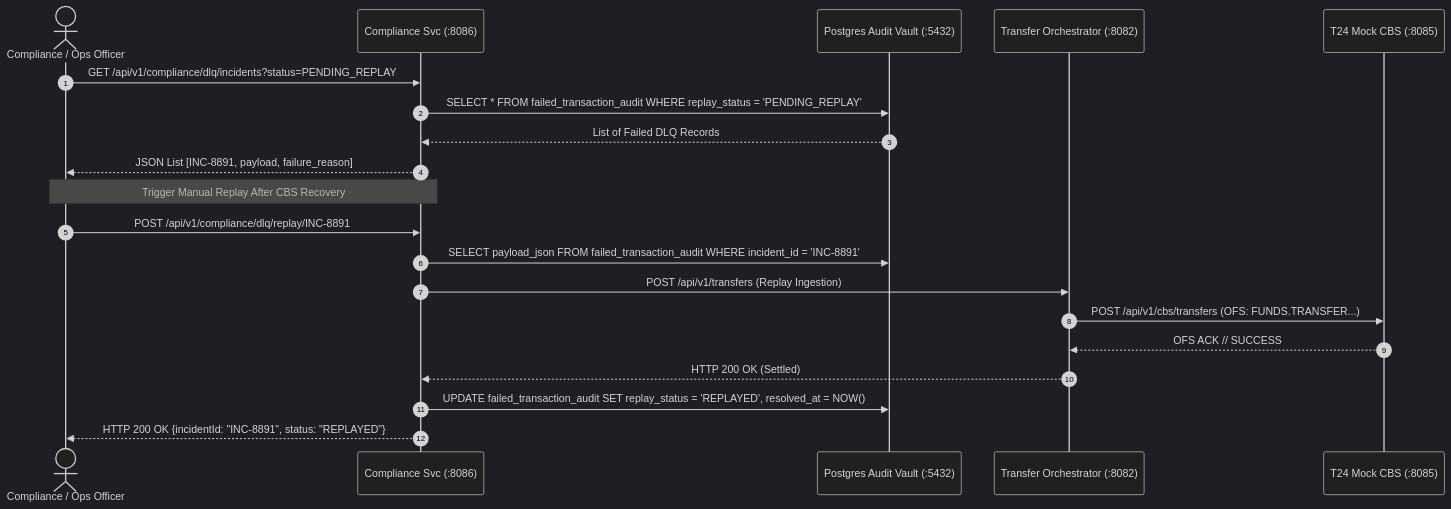
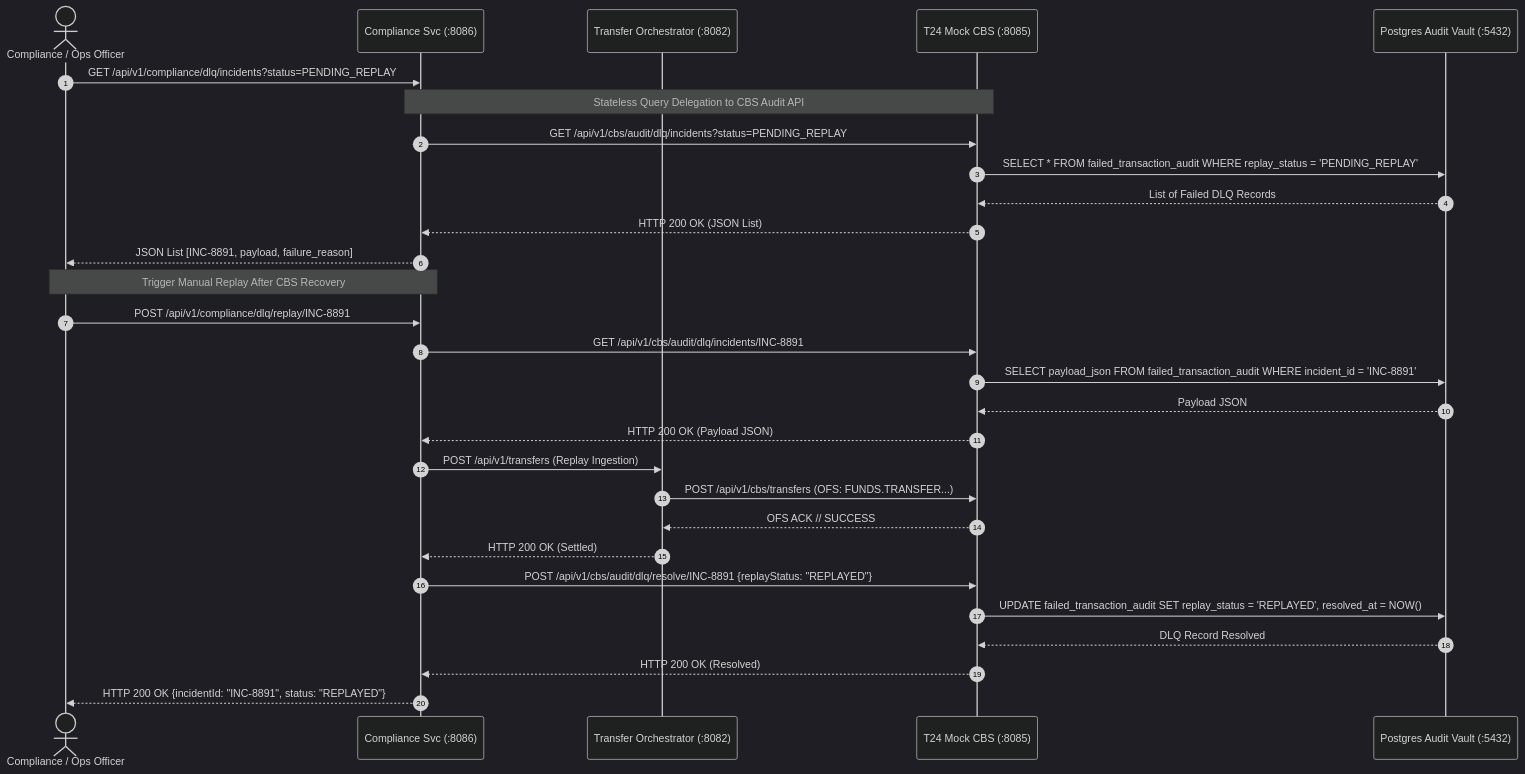
Diagram 17 of 27 in docs/architecture/TARGET_ARCHITECTURE_TRANSITION_DESIGN.md (romzelmadidev/group3_fse_capstone), drawn with Mermaid (dark theme) before and after one commit. The commit also changed other lines of this file and 1 other file, not shown here.

Commit message:
Updated t24 logic in design doc to match previous behavior in persisting records to Postgres

````diff
--- a/docs/architecture/TARGET_ARCHITECTURE_TRANSITION_DESIGN.md
+++ b/docs/architecture/TARGET_ARCHITECTURE_TRANSITION_DESIGN.md
@@ -818,24 +885,33 @@
 ```mermaid
 sequenceDiagram
     autonumber
     actor Officer as Compliance / Ops Officer
     participant Comp as Compliance Svc (:8086)
-    participant AuditDB as Postgres Audit Vault (:5432)
     participant Orch as Transfer Orchestrator (:8082)
     participant CBS as T24 Mock CBS (:8085)
+    participant AuditDB as Postgres Audit Vault (:5432)
 
     Officer->>Comp: GET /api/v1/compliance/dlq/incidents?status=PENDING_REPLAY
-    Comp->>AuditDB: SELECT * FROM failed_transaction_audit WHERE replay_status = 'PENDING_REPLAY'
-    AuditDB-->>Comp: List of Failed DLQ Records
+    Note over Comp,CBS: Stateless Query Delegation to CBS Audit API
+    Comp->>CBS: GET /api/v1/cbs/audit/dlq/incidents?status=PENDING_REPLAY
+    CBS->>AuditDB: SELECT * FROM failed_transaction_audit WHERE replay_status = 'PENDING_REPLAY'
+    AuditDB-->>CBS: List of Failed DLQ Records
+    CBS-->>Comp: HTTP 200 OK (JSON List)
     Comp-->>Officer: JSON List [INC-8891, payload, failure_reason]
 
     Note over Officer,Comp: Trigger Manual Replay After CBS Recovery
     Officer->>Comp: POST /api/v1/compliance/dlq/replay/INC-8891
-    Comp->>AuditDB: SELECT payload_json FROM failed_transaction_audit WHERE incident_id = 'INC-8891'
+    Comp->>CBS: GET /api/v1/cbs/audit/dlq/incidents/INC-8891
+    CBS->>AuditDB: SELECT payload_json FROM failed_transaction_audit WHERE incident_id = 'INC-8891'
+    AuditDB-->>CBS: Payload JSON
+    CBS-->>Comp: HTTP 200 OK (Payload JSON)
     Comp->>Orch: POST /api/v1/transfers (Replay Ingestion)
     Orch->>CBS: POST /api/v1/cbs/transfers (OFS: FUNDS.TRANSFER...)
     CBS-->>Orch: OFS ACK // SUCCESS
     Orch-->>Comp: HTTP 200 OK (Settled)
-    Comp->>AuditDB: UPDATE failed_transaction_audit SET replay_status = 'REPLAYED', resolved_at = NOW()
+    Comp->>CBS: POST /api/v1/cbs/audit/dlq/resolve/INC-8891 {replayStatus: "REPLAYED"}
+    CBS->>AuditDB: UPDATE failed_transaction_audit SET replay_status = 'REPLAYED', resolved_at = NOW()
+    AuditDB-->>CBS: DLQ Record Resolved
+    CBS-->>Comp: HTTP 200 OK (Resolved)
     Comp-->>Officer: HTTP 200 OK {incidentId: "INC-8891", status: "REPLAYED"}
 ```
````
